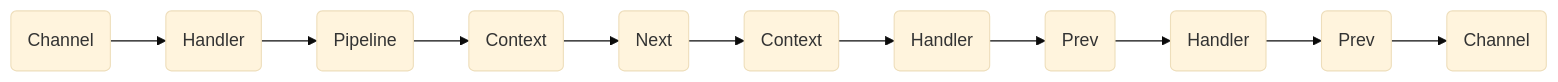
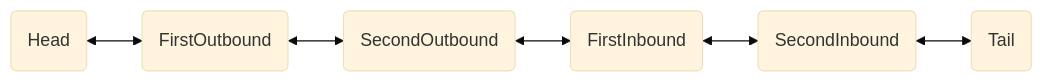
One commit to HollowLatte/Note-Book changed the diagram in docs/notebook/netty/netty-channel-pipeline.md. Above: the diagram before and after it, drawn with Mermaid (base theme). The commit also changed other lines of this file and 3 other files, not shown here.

````diff
--- a/docs/notebook/netty/netty-channel-pipeline.md
+++ b/docs/notebook/netty/netty-channel-pipeline.md
@@ -15,13 +17,8 @@
 ```mermaid
 graph LR
-    A(Channel) --> B(Handler)
-    B --> C(Pipeline)
-    C --> D(Context)
-    D --> E(Next)
-    E --> F(Context)
-    F --> G(Handler)
-    G --> H(Prev)
-    H --> I(Handler)
-    I --> J(Prev)
-    J --> K(Channel)
+    A(Head) <--> B(FirstOutbound)
+    B <--> C(SecondOutbound)
+    C <--> D(FirstInbound)
+    D <--> E(SecondInbound)
+    E <--> F(Tail)
 ```
````
